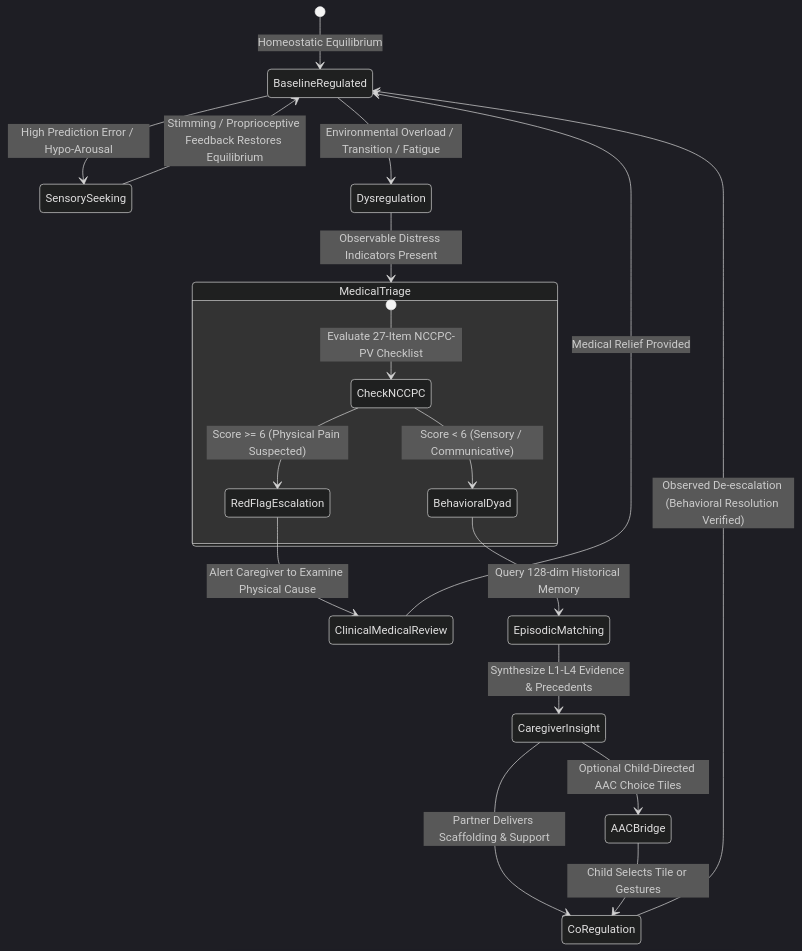
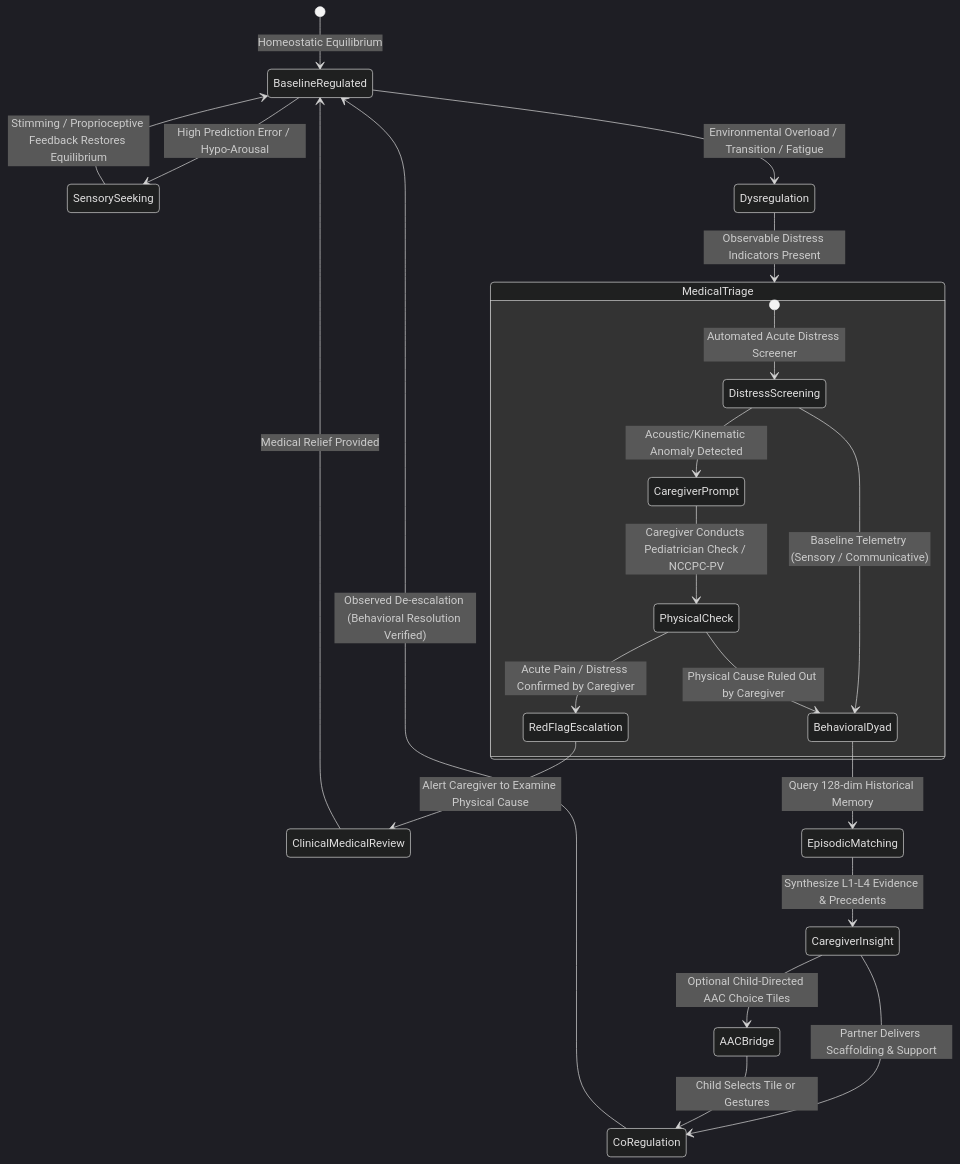
One commit to olostan/project_n changed the third of 4 diagrams in docs/WHITE_PAPER.md. Above: the diagram before and after it, drawn with Mermaid (dark theme). The commit also changed other lines of this file and 9 other files, not shown here.

Commit message:
docs & ci: correct NCCPC instrument cutoffs, fix citation DOIs and titles, and add automated Crossref verification script

````diff
--- a/docs/WHITE_PAPER.md
+++ b/docs/WHITE_PAPER.md
@@ -154,26 +154,29 @@
 ```mermaid
 stateDiagram-v2
     [*] --> BaselineRegulated: Homeostatic Equilibrium
 
     BaselineRegulated --> SensorySeeking: High Prediction Error / Hypo-Arousal
     SensorySeeking --> BaselineRegulated: Stimming / Proprioceptive Feedback Restores Equilibrium
 
     BaselineRegulated --> Dysregulation: Environmental Overload / Transition / Fatigue
     Dysregulation --> MedicalTriage: Observable Distress Indicators Present
 
     state MedicalTriage {
-        [*] --> CheckNCCPC: Evaluate 27-Item NCCPC-PV Checklist
-        CheckNCCPC --> RedFlagEscalation: Score >= 6 (Physical Pain Suspected)
-        CheckNCCPC --> BehavioralDyad: Score < 6 (Sensory / Communicative)
+        [*] --> DistressScreening: Automated Acute Distress Screener
+        DistressScreening --> CaregiverPrompt: Acoustic/Kinematic Anomaly Detected
+        DistressScreening --> BehavioralDyad: Baseline Telemetry (Sensory / Communicative)
+        CaregiverPrompt --> PhysicalCheck: Caregiver Conducts Pediatrician Check / NCCPC-PV
+        PhysicalCheck --> RedFlagEscalation: Acute Pain / Distress Confirmed by Caregiver
+        PhysicalCheck --> BehavioralDyad: Physical Cause Ruled Out by Caregiver
     }
 
     RedFlagEscalation --> ClinicalMedicalReview: Alert Caregiver to Examine Physical Cause
     ClinicalMedicalReview --> BaselineRegulated: Medical Relief Provided
 
     BehavioralDyad --> EpisodicMatching: Query 128-dim Historical Memory
     EpisodicMatching --> CaregiverInsight: Synthesize L1-L4 Evidence & Precedents
     CaregiverInsight --> CoRegulation: Partner Delivers Scaffolding & Support
     CaregiverInsight --> AACBridge: Optional Child-Directed AAC Choice Tiles
     AACBridge --> CoRegulation: Child Selects Tile or Gestures
     CoRegulation --> BaselineRegulated: Observed De-escalation (Behavioral Resolution Verified)
 ```
````
